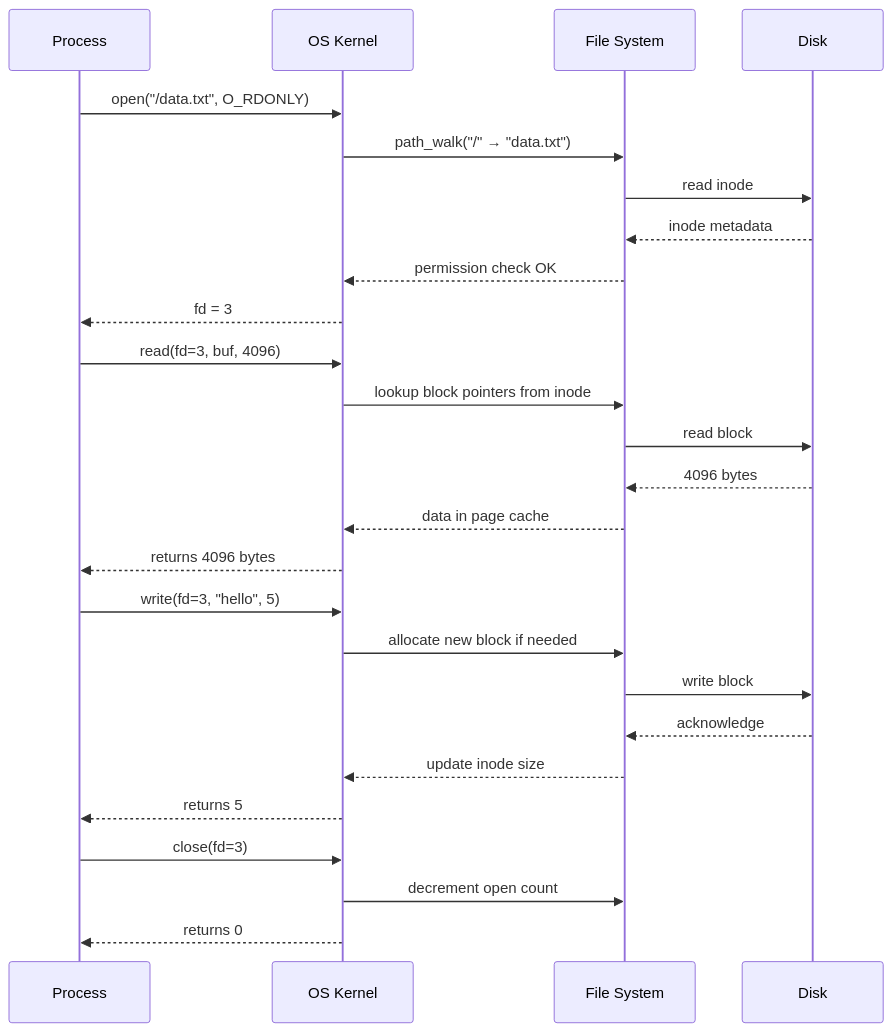
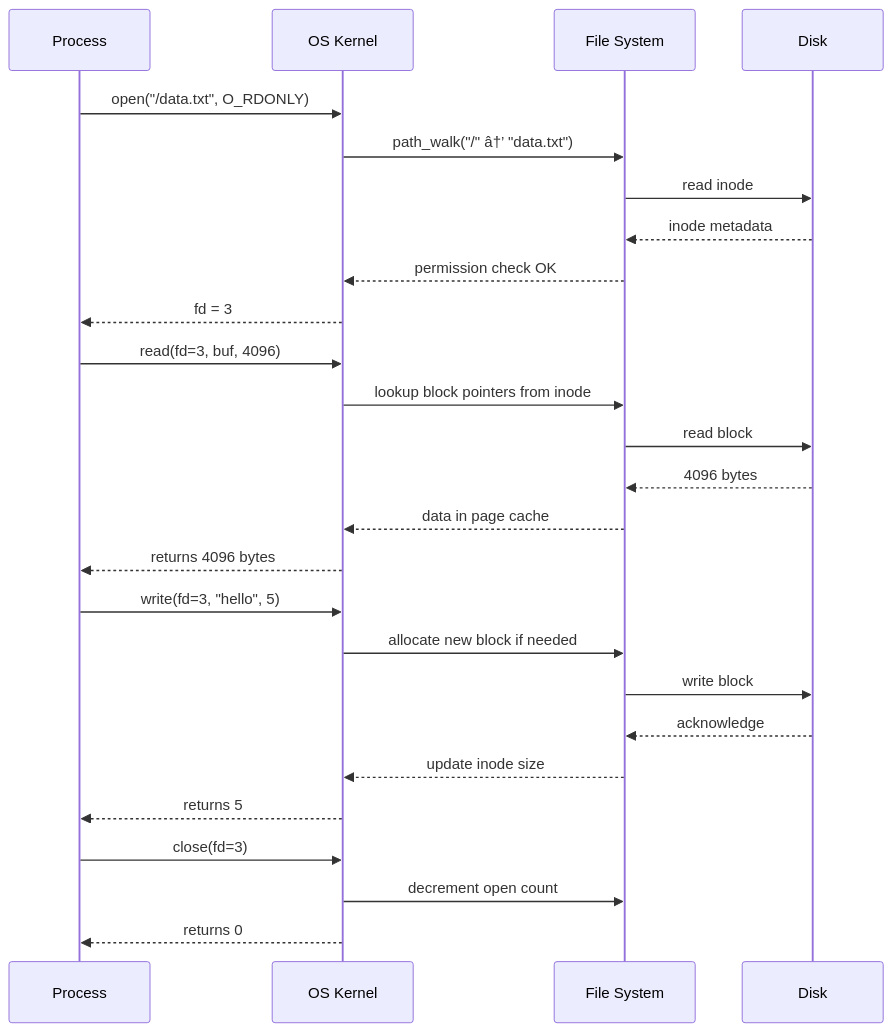
Before and after one commit to Raushan666java/ai-engineering-journey: the second of 2 diagrams in docs/courses/operating-systems/10-file-systems.md, drawn with Mermaid. The commit also changed other lines of this file and 735 other files, not shown here.

````diff
--- a/docs/courses/operating-systems/10-file-systems.md
+++ b/docs/courses/operating-systems/10-file-systems.md
@@ -281,32 +281,32 @@
 ```mermaid
 sequenceDiagram
     participant P as Process
     participant OS as OS Kernel
     participant FS as File System
     participant Disk as Disk
     
     P->>OS: open("/data.txt", O_RDONLY)
-    OS->>FS: path_walk("/" → "data.txt")
+    OS->>FS: path_walk("/" â†’ "data.txt")
     FS->>Disk: read inode #42
     Disk-->>FS: inode metadata
     FS-->>OS: permission check OK
     OS-->>P: fd = 3
     
     P->>OS: read(fd=3, buf, 4096)
     OS->>FS: lookup block pointers from inode
     FS->>Disk: read block #8910
     Disk-->>FS: 4096 bytes
     FS-->>OS: data in page cache
     OS-->>P: returns 4096 bytes
     
     P->>OS: write(fd=3, "hello", 5)
     OS->>FS: allocate new block if needed
     FS->>Disk: write block #8911
     Disk-->>FS: acknowledge
     FS-->>OS: update inode size
     OS-->>P: returns 5
     
     P->>OS: close(fd=3)
     OS->>FS: decrement open count
     OS-->>P: returns 0
 ```
````
